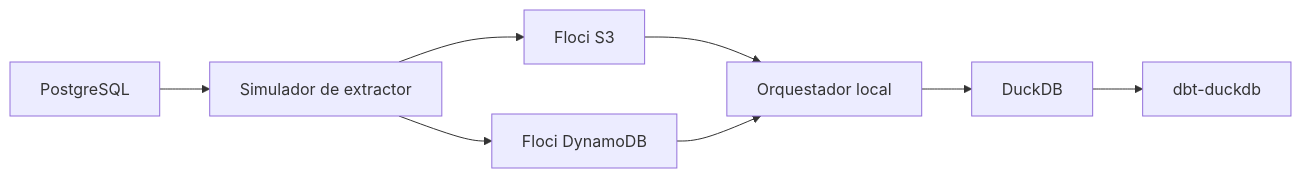
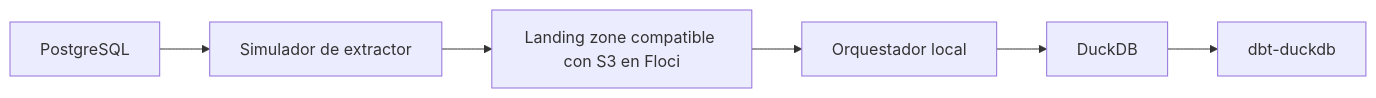
Before and after one commit to mduenast/sap-glue-local-poc-docs: the diagram in docs/es/02-arquitectura-poc-local.md, drawn with Mermaid. The commit also changed other lines of this file and 20 other files, not shown here.

Commit message:
Refine documentation to introduce S3-compatible landing zone, revise architecture diagrams, adjust batch metadata handling, and enhance detail in JSON examples and manifest validation rules.

````diff
--- a/docs/es/02-arquitectura-poc-local.md
+++ b/docs/es/02-arquitectura-poc-local.md
@@ -5,10 +5,8 @@
 ```mermaid
 flowchart LR
   A[PostgreSQL] --> B[Simulador de extractor]
-  B --> C[Floci S3]
-  B --> G[Floci DynamoDB]
+  B --> C[Landing zone compatible con S3 en Floci]
   C --> D[Orquestador local]
-  G --> D
   D --> E[DuckDB]
   E --> F[dbt-duckdb]
 ```
````
